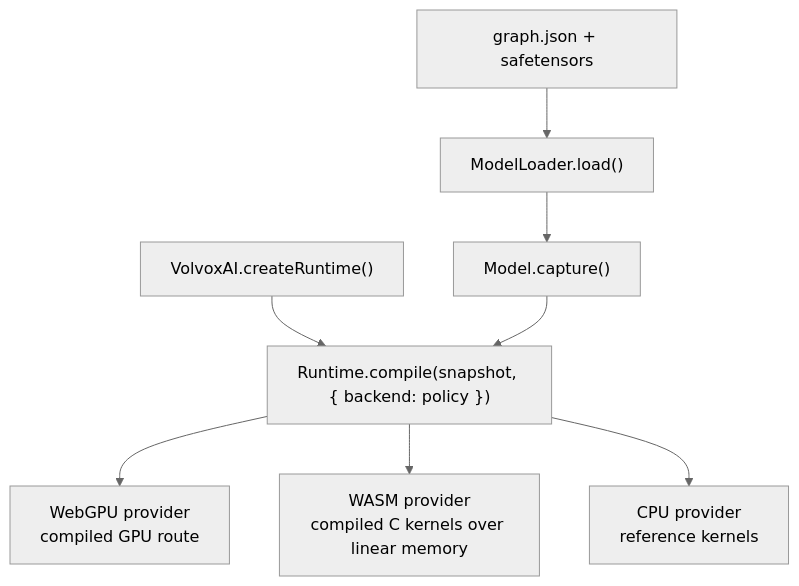
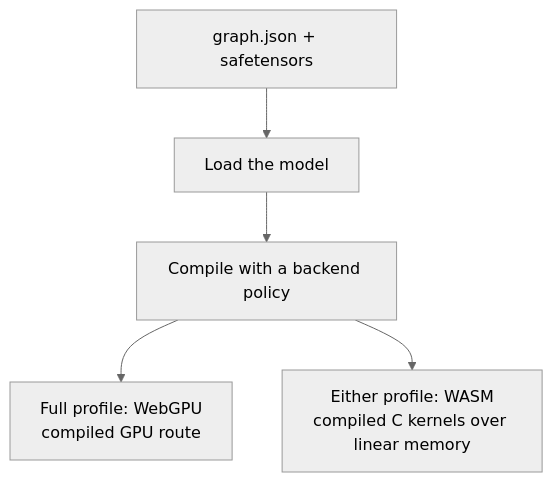
The diagram in docs/textbook/08-inside-the-engine.md (ivere27/volvoxai), drawn with Mermaid (neutral theme) before and after one commit. The commit also changed other lines of this file and 1269 other files, not shown here.

````diff
--- a/docs/textbook/08-inside-the-engine.md
+++ b/docs/textbook/08-inside-the-engine.md
@@ -35,10 +35,7 @@
 ```mermaid
 flowchart TD
-    G["graph.json + safetensors"] --> L["ModelLoader.load()"]
-    L --> S["Model.capture()"]
-    R["VolvoxAI.createRuntime()"] --> C["Runtime.compile(snapshot, { backend: policy })"]
-    S --> C
-    C --> T1["WebGPU provider<br/>compiled GPU route"]
-    C --> T2["WASM provider<br/>compiled C kernels over linear memory"]
-    C --> T3["CPU provider<br/>reference kernels"]
+    G["graph.json + safetensors"] --> L["Load the model"]
+    L --> C["Compile with a backend policy"]
+    C --> T1["Full profile: WebGPU<br/>compiled GPU route"]
+    C --> T2["Either profile: WASM<br/>compiled C kernels over linear memory"]
 ```
````
